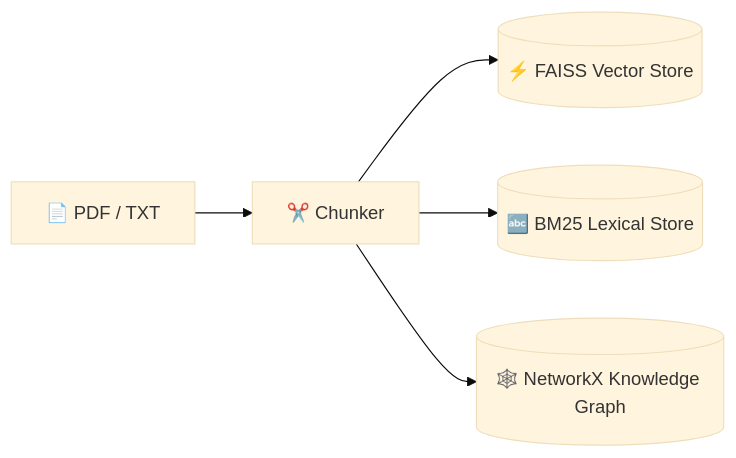
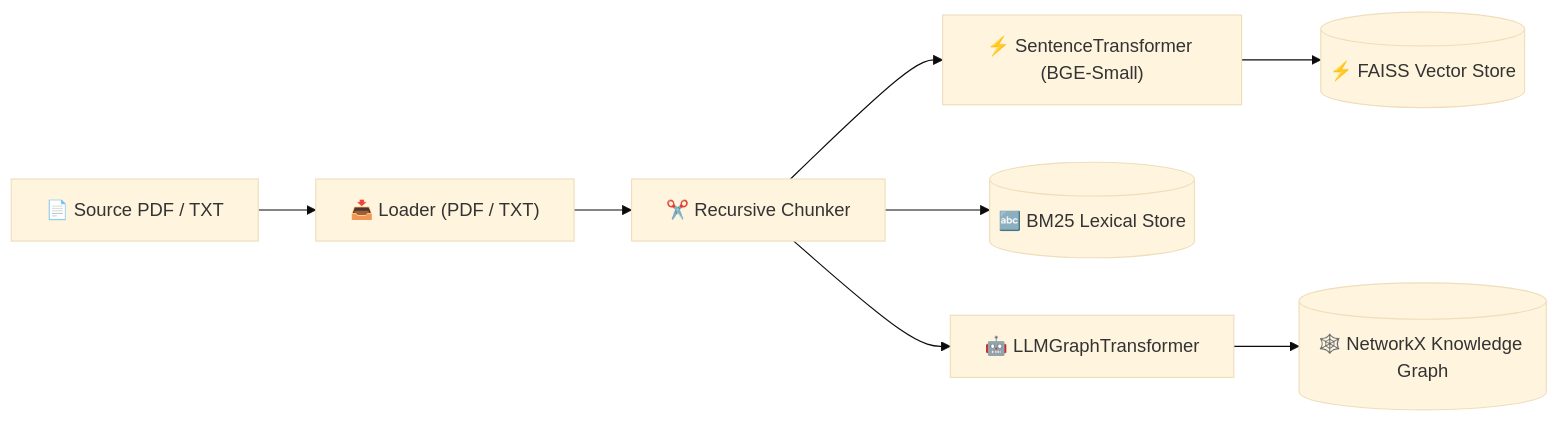
The first of 4 diagrams in README.md (niravrupapara/TriRAG), drawn with Mermaid (base theme) before and after one commit. The commit also changed other lines of this file, not shown here.

Commit message:
docs: update README with Agentic Corrective RAG architecture, RRF fusion, and Ragas evaluation

````diff
--- a/README.md
+++ b/README.md
@@ -29,7 +32,10 @@
 ```mermaid
 flowchart LR
-    Doc["📄 PDF / TXT"] --> Chunker["✂️ Chunker"]
-    Chunker --> FAISS[("⚡ FAISS Vector Store")]
+    Doc["📄 Source PDF / TXT"] --> Loader["📥 Loader (PDF / TXT)"]
+    Loader --> Chunker["✂️ Recursive Chunker"]
+    Chunker --> Embedder["⚡ SentenceTransformer (BGE-Small)"]
+    Embedder --> FAISS[("⚡ FAISS Vector Store")]
     Chunker --> BM25[("🔤 BM25 Lexical Store")]
-    Chunker --> Graph[("🕸️ NetworkX Knowledge Graph")]
+    Chunker --> Extractor["🤖 LLMGraphTransformer"]
+    Extractor --> Graph[("🕸️ NetworkX Knowledge Graph")]
 ```
````
